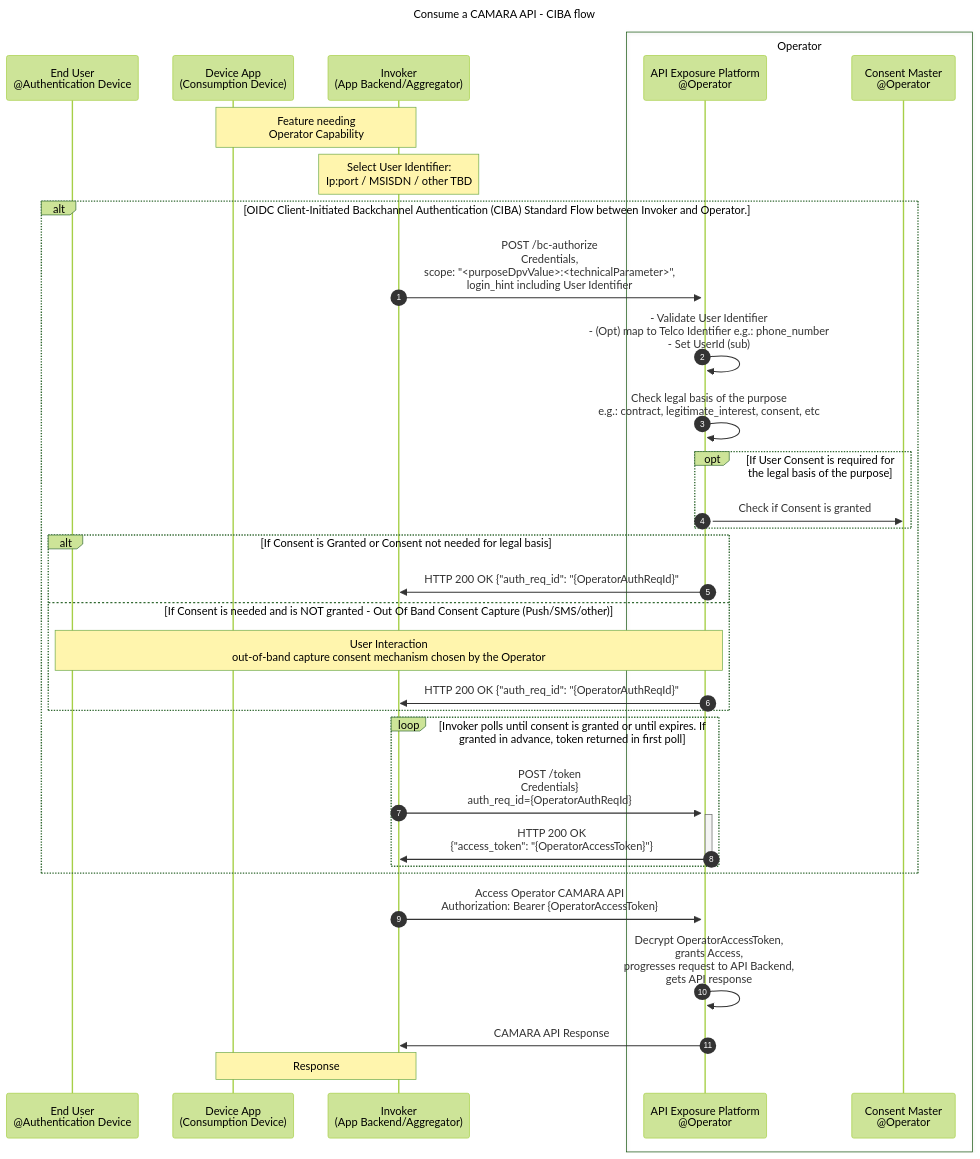
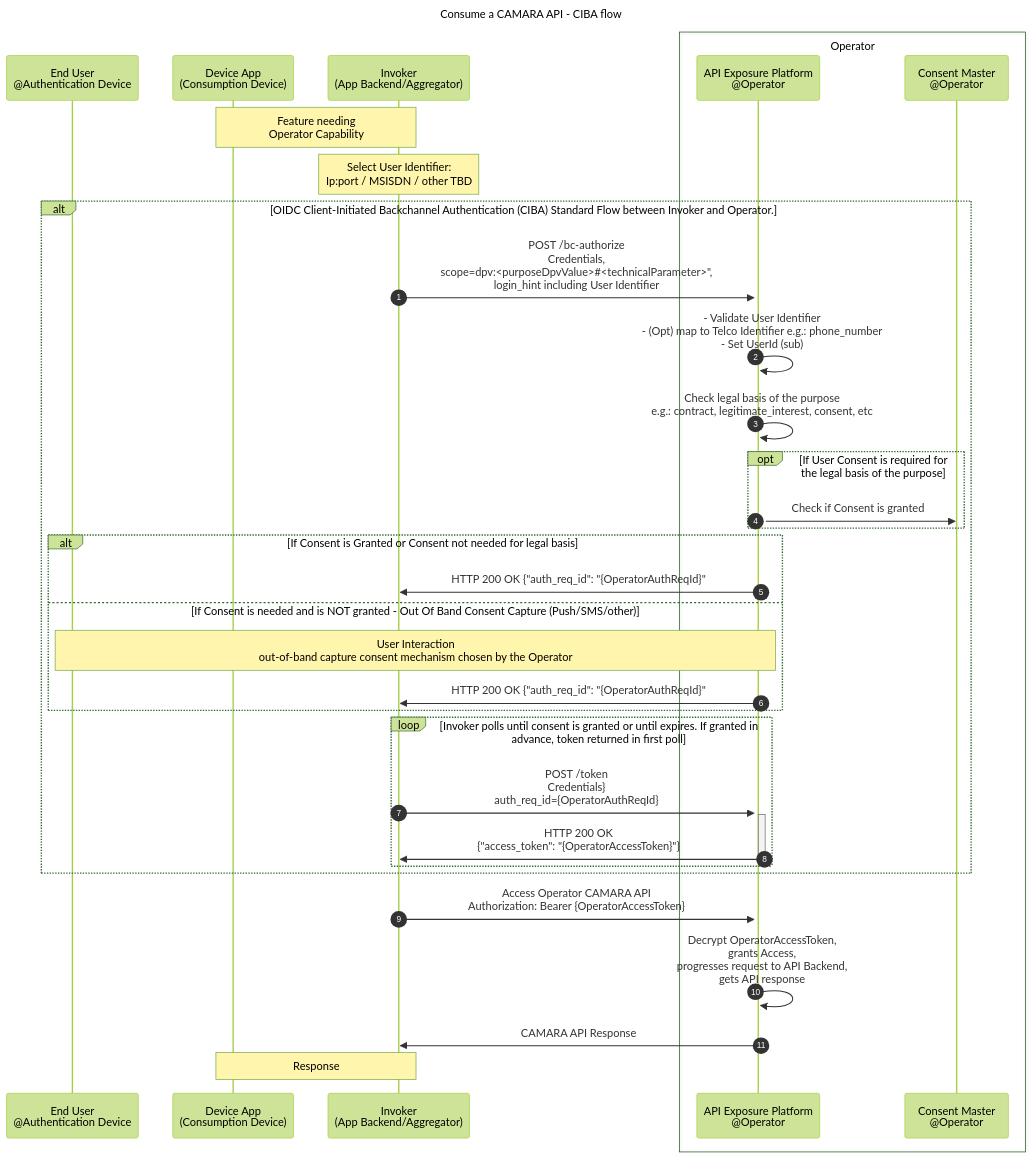
The second of 2 diagrams in documentation/CAMARA-API-access-and-user-consent.md (camaraproject/IdentityAndConsentManagement), drawn with Mermaid (forest theme) before and after one commit. The commit also changed other lines of this file, not shown here.

Commit message:
scope format change according to last agreement in issue #32

````diff
--- a/documentation/CAMARA-API-access-and-user-consent.md
+++ b/documentation/CAMARA-API-access-and-user-consent.md
@@ -231,38 +231,38 @@
 ```mermaid
 sequenceDiagram
 autonumber
 title Consume a CAMARA API - CIBA flow
 participant User as End User<br>@Authentication Device
 participant FE as Device App<br> (Consumption Device)
 participant BE as Invoker<br>(App Backend/Aggregator)  
 box Operator
   participant ExpO as API Exposure Platform<br>@Operator  
   participant Consent as Consent Master<br>@Operator
 end
 
 Note over FE,BE: Feature needing<br>Operator Capability  
 Note over BE: Select User Identifier:<br> Ip:port / MSISDN / other TBD  
 
 alt OIDC Client-Initiated Backchannel Authentication (CIBA) Standard Flow between Invoker and Operator.
-  BE->>+ExpO: POST /bc-authorize<br> Credentials,<br>scope: "<purposeDpvValue>:<technicalParameter>",<br>login_hint including User Identifier    
+  BE->>+ExpO: POST /bc-authorize<br> Credentials,<br>scope=dpv:<purposeDpvValue>#35;<technicalParameter>",<br>login_hint including User Identifier    
   ExpO->>ExpO: - Validate User Identifier<br>- (Opt) map to Telco Identifier e.g.: phone_number<br>- Set UserId (sub)  
   ExpO->>ExpO: Check legal basis of the purpose<br> e.g.: contract, legitimate_interest, consent, etc  
   opt If User Consent is required for the legal basis of the purpose  
     ExpO->>Consent: Check if Consent is granted
   end
   alt If Consent is Granted or Consent not needed for legal basis   
     ExpO->>BE: HTTP 200 OK {"auth_req_id": "{OperatorAuthReqId}"  
   else If Consent is needed and is NOT granted - Out Of Band Consent Capture (Push/SMS/other)
     Note over ExpO,User: User Interaction <br> out-of-band capture consent mechanism chosen by the Operator
     ExpO->>BE: HTTP 200 OK {"auth_req_id": "{OperatorAuthReqId}"
   end
   loop Invoker polls until consent is granted or until expires. If granted in advance, token returned in first poll
     BE->>+ExpO: POST /token <br>Credentials}<br>auth_req_id={OperatorAuthReqId}    
     ExpO->>-BE: HTTP 200 OK <br>{"access_token": "{OperatorAccessToken}"} 
   end  
 end
 BE->>ExpO: Access Operator CAMARA API <br> Authorization: Bearer {OperatorAccessToken}    
 ExpO->>ExpO: Decrypt OperatorAccessToken,<br>grants Access,<br>progresses request to API Backend,<br>gets API response  
 ExpO->>BE: CAMARA API Response
 Note over BE,FE: Response
 ```
````
